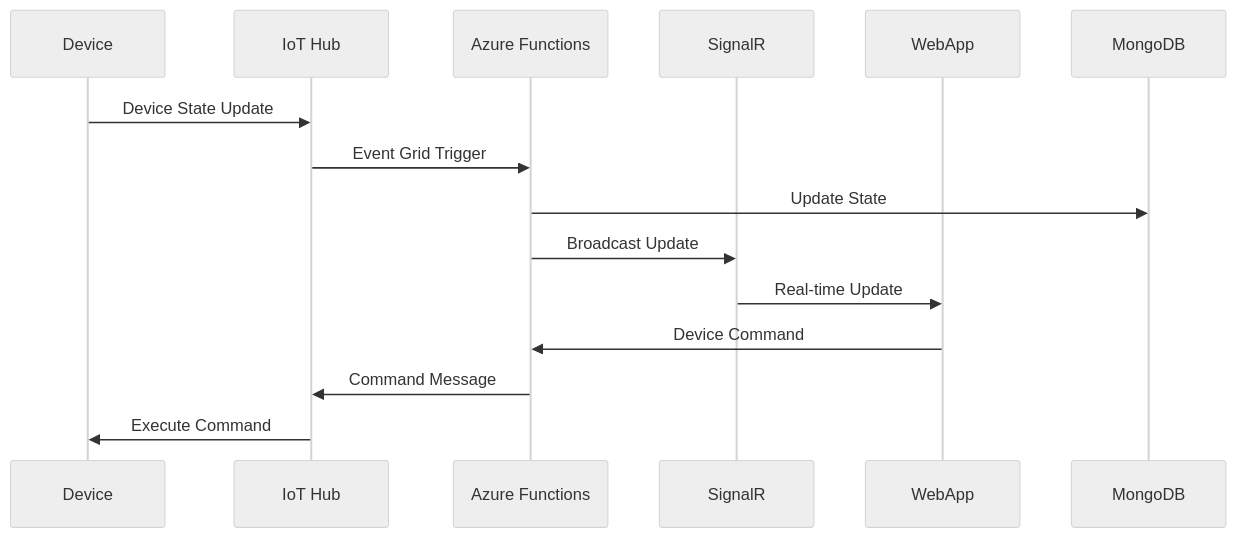
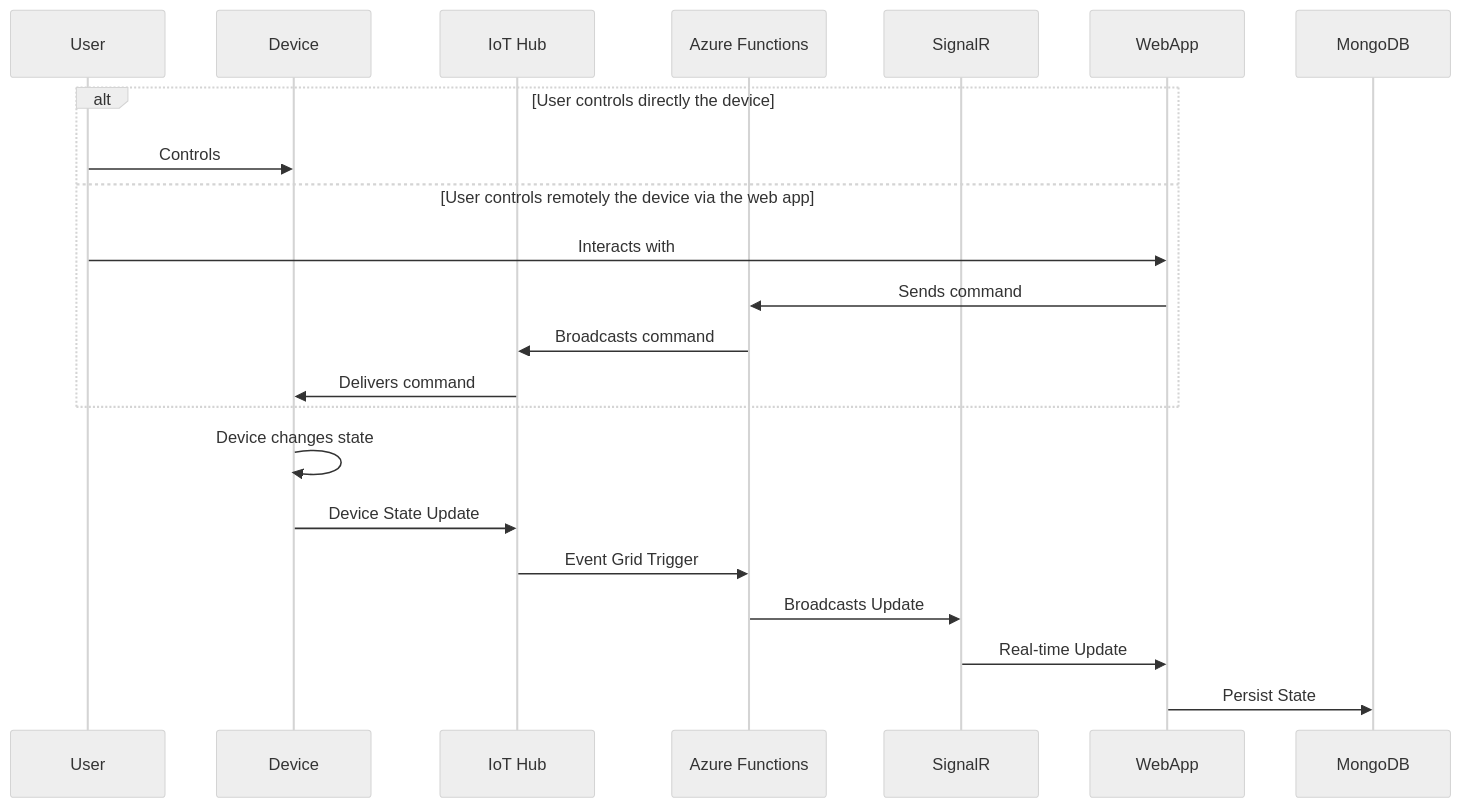
One commit to Kheirallah-Elie/SmartHomeDocumentationTechnique changed the diagram in README.md. Above: the diagram before and after it, drawn with Mermaid (neutral theme). The commit also changed 2 other files, not shown here.

Commit message:
enhanced data flow sequence diagram

````diff
--- a/README.md
+++ b/README.md
@@ -265,18 +265,28 @@
 ```mermaid
 sequenceDiagram
+	participant U as User
     participant D as Device
     participant I as IoT Hub
     participant F as Azure Functions
     participant S as SignalR
     participant W as WebApp
     participant M as MongoDB
 
+	alt User controls directly the device
+        U->>D: Controls
+    else User controls remotely the device via the web app
+    	U->>W: Interacts with
+        W->>F: Sends command
+        F->>I: Broadcasts command
+        I->>D: Delivers command
+    end
+
+    D->>D: Device changes state
+
     D->>I: Device State Update
     I->>F: Event Grid Trigger
-    F->>M: Update State
-    F->>S: Broadcast Update
+    
+    F->>S: Broadcasts Update
     S->>W: Real-time Update
-    W->>F: Device Command
-    F->>I: Command Message
-    I->>D: Execute Command
+    W->>M: Persist State
 ```
````
